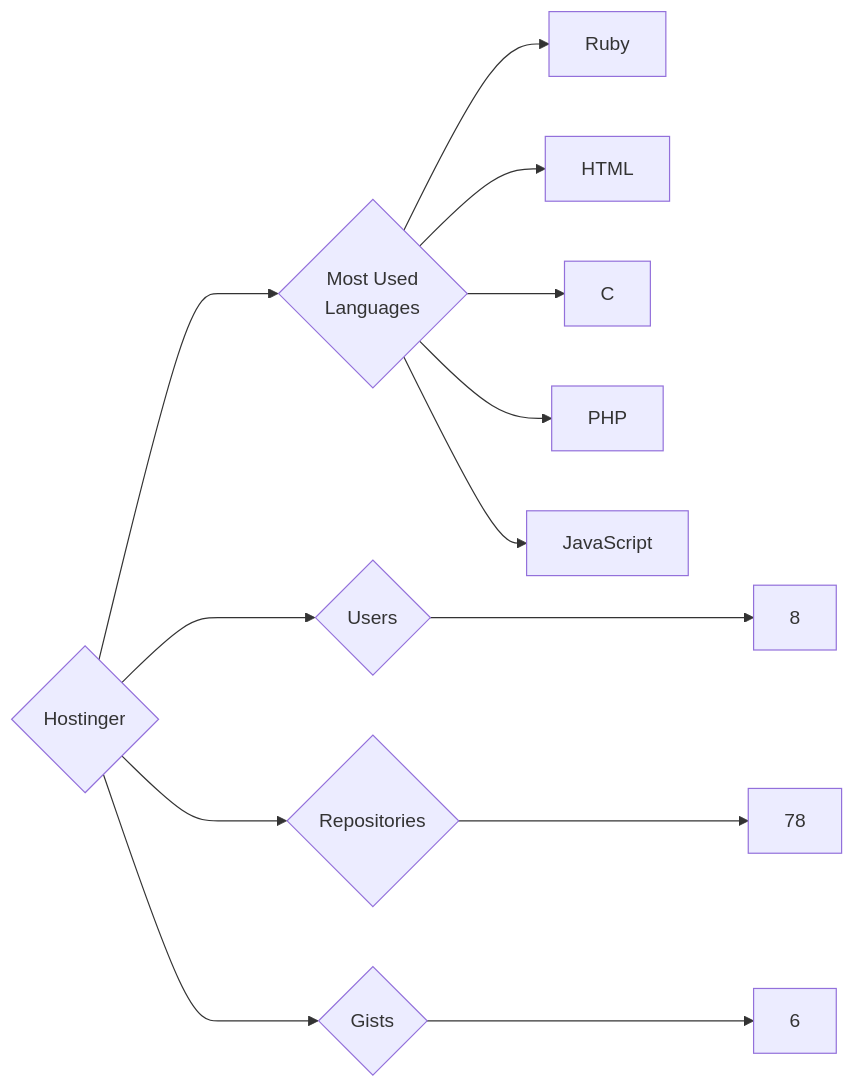
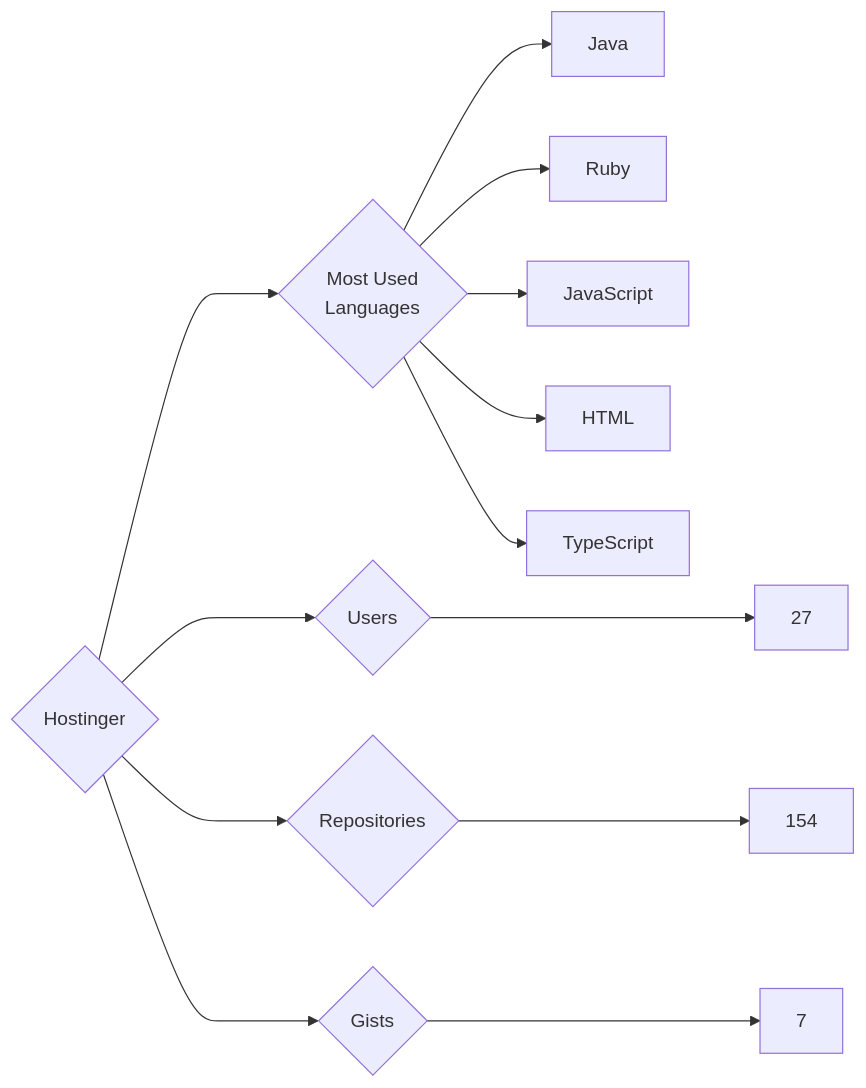
Before and after one commit to trickest/insiders: the diagram in targets/Hostinger/README.md, drawn with Mermaid. The commit also changed 930 other files, not shown here.

````diff
--- a/targets/Hostinger/README.md
+++ b/targets/Hostinger/README.md
@@ -3,13 +3,13 @@
 ```mermaid
 graph LR
 COMPANY_NAME{Hostinger}
-COMPANY_NAME ---> U{Users} ---> UN[8]
-COMPANY_NAME ---> R{Repositories} ---> RN[78]
-COMPANY_NAME ---> G{Gists} ---> GN[6]
+COMPANY_NAME ---> U{Users} ---> UN[27]
+COMPANY_NAME ---> R{Repositories} ---> RN[154]
+COMPANY_NAME ---> G{Gists} ---> GN[7]
 COMPANY_NAME ---> ML{Most Used<br>Languages}
+ML --> Java[Java]
 ML --> Ruby[Ruby]
+ML --> JavaScript[JavaScript]
 ML --> HTML[HTML]
-ML --> C[C]
-ML --> PHP[PHP]
-ML --> JavaScript[JavaScript]
+ML --> TypeScript[TypeScript]
 ```
````
